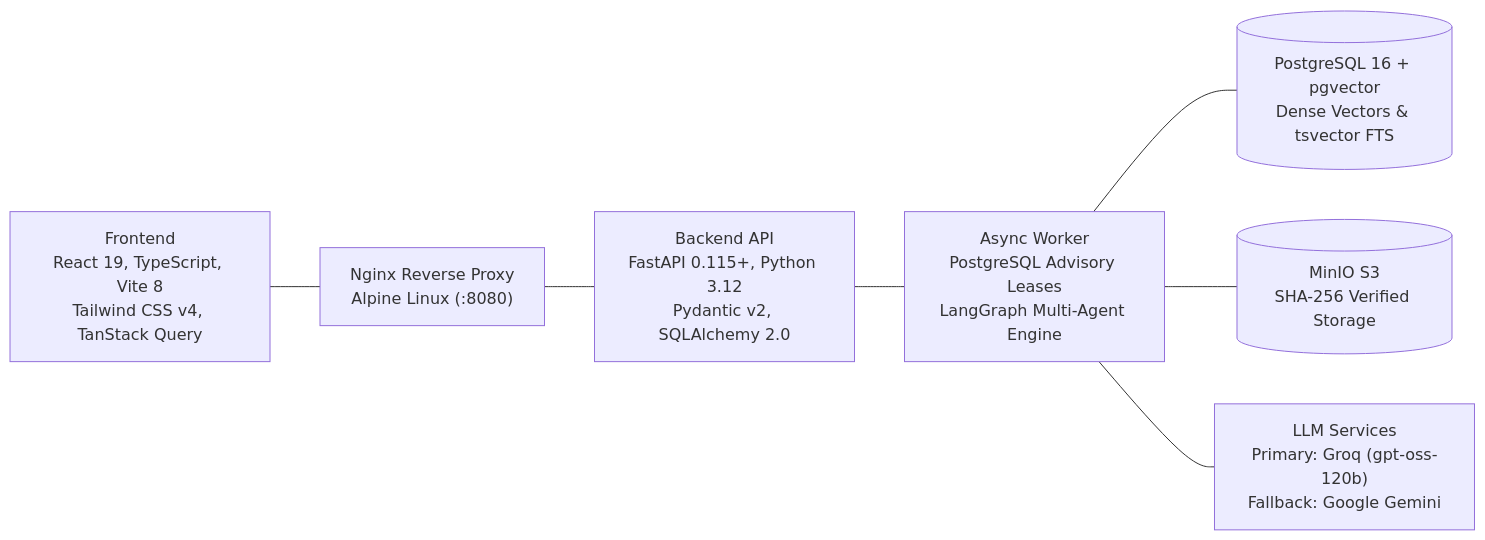
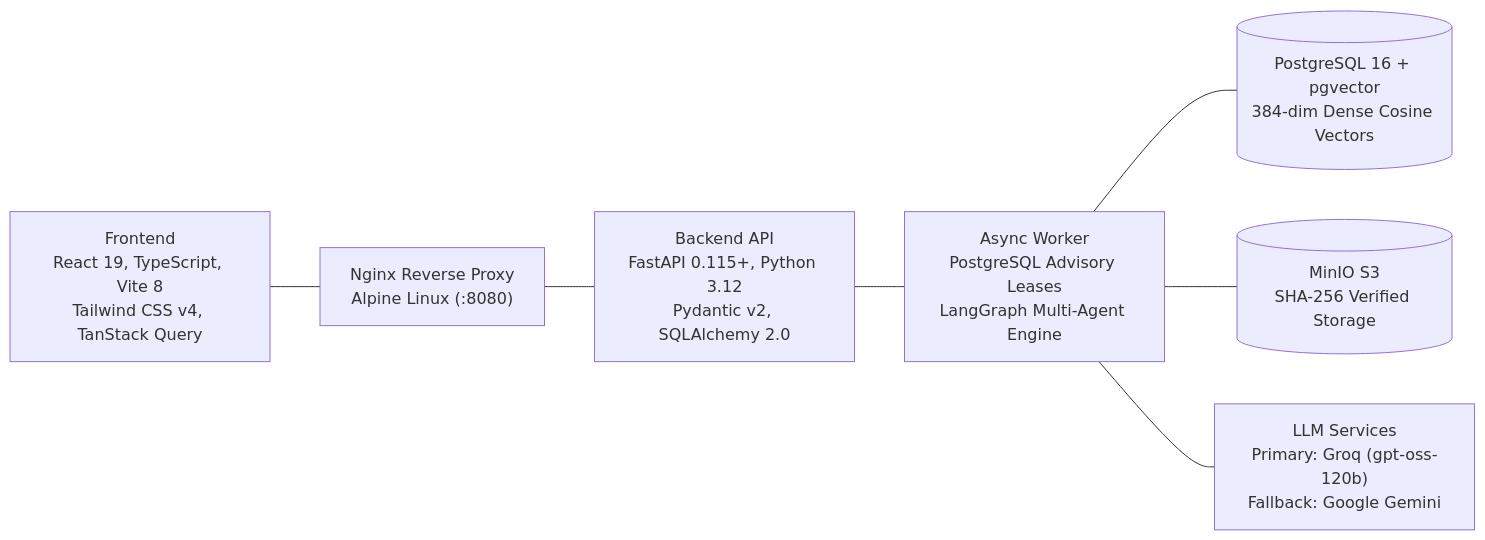
One commit to Sumeet2005/ClaimSage-v2 changed the first of 3 diagrams in docs/PROJECT_REPORT.md. Above: the diagram before and after it, drawn with Mermaid. The commit also changed other lines of this file and 47 other files, not shown here.

````diff
--- a/docs/PROJECT_REPORT.md
+++ b/docs/PROJECT_REPORT.md
@@ -87,9 +87,9 @@
 ```mermaid
 flowchart LR
     Frontend["Frontend\nReact 19, TypeScript, Vite 8\nTailwind CSS v4, TanStack Query"] --- Proxy["Nginx Reverse Proxy\nAlpine Linux (:8080)"]
     Proxy --- Backend["Backend API\nFastAPI 0.115+, Python 3.12\nPydantic v2, SQLAlchemy 2.0"]
     Backend --- Worker["Async Worker\nPostgreSQL Advisory Leases\nLangGraph Multi-Agent Engine"]
-    Worker --- DB[("PostgreSQL 16 + pgvector\nDense Vectors & tsvector FTS")]
+    Worker --- DB[("PostgreSQL 16 + pgvector\n384-dim Dense Cosine Vectors")]
     Worker --- Storage[("MinIO S3\nSHA-256 Verified Storage")]
     Worker --- Cloud["LLM Services\nPrimary: Groq (gpt-oss-120b)\nFallback: Google Gemini"]
 ```
````
